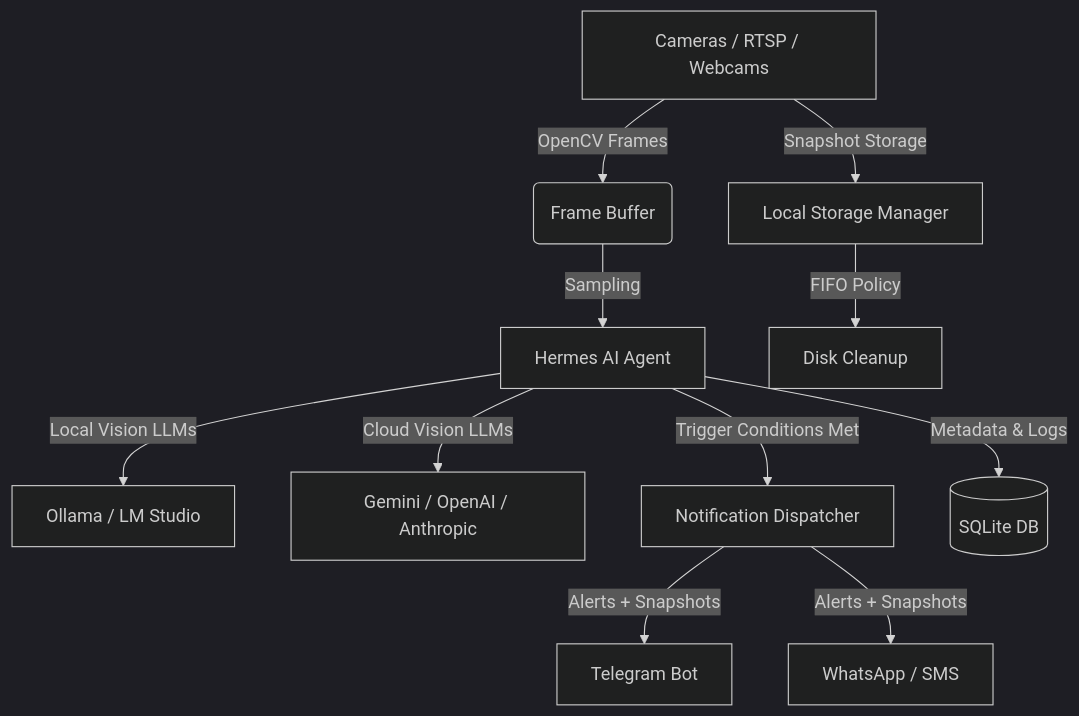
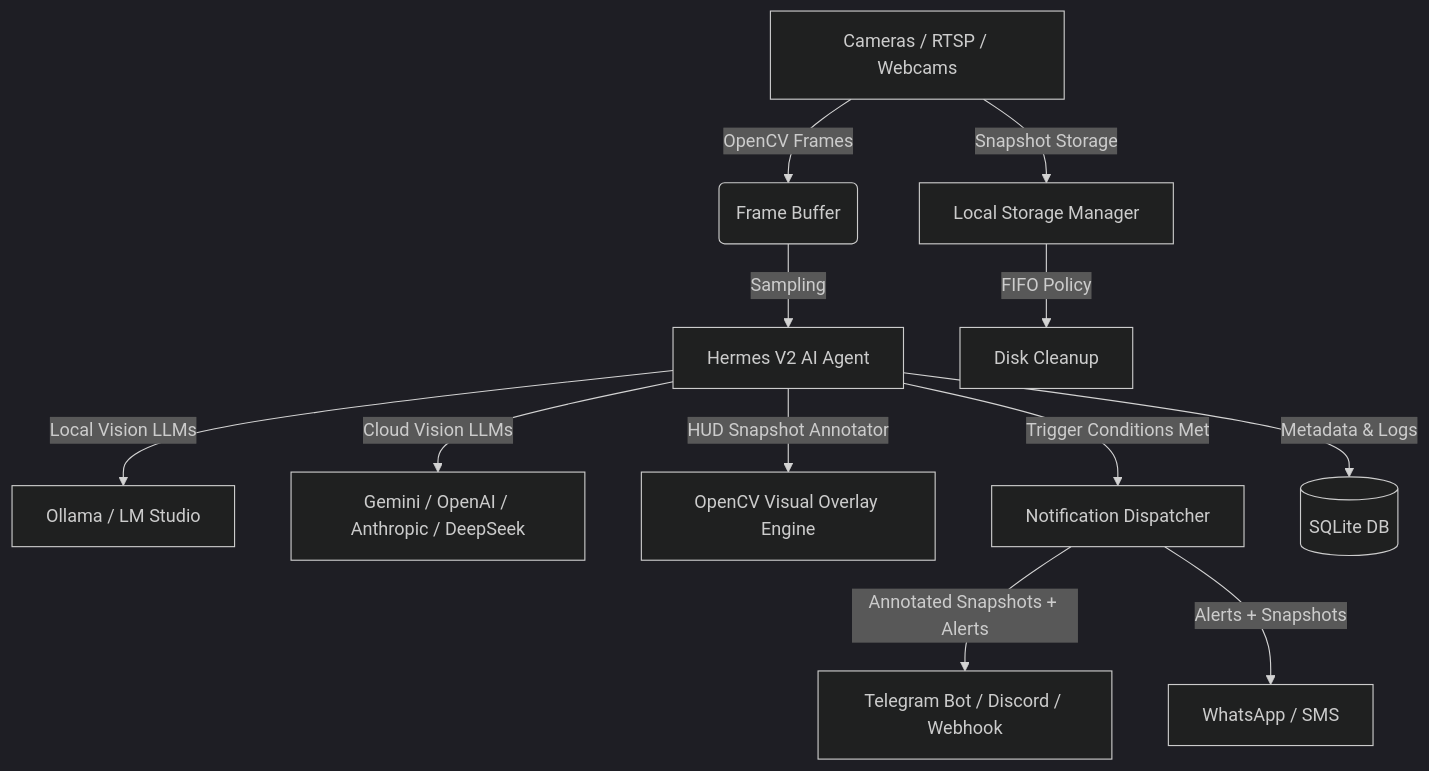
One commit to bharathvk75/AEGIS changed the diagram in README.md. Above: the diagram before and after it, drawn with Mermaid (dark theme). The commit also changed other lines of this file and 12 other files, not shown here.

Commit message:
AEGIS V2.0 Major Update: Vision HUD Snapshots, AI Presets Library, Interactive AI Tester, Multi-Stream Grid UI & Metrics Dashboard

````diff
--- a/README.md
+++ b/README.md
@@ -42,13 +54,14 @@
 ```mermaid
 graph TD
     A[Cameras / RTSP / Webcams] -->|OpenCV Frames| B(Frame Buffer)
-    B -->|Sampling| C[Hermes AI Agent]
+    B -->|Sampling| C[Hermes V2 AI Agent]
     C -->|Local Vision LLMs| D[Ollama / LM Studio]
-    C -->|Cloud Vision LLMs| E[Gemini / OpenAI / Anthropic]
-    C -->|Trigger Conditions Met| F[Notification Dispatcher]
-    F -->|Alerts + Snapshots| G[Telegram Bot]
-    F -->|Alerts + Snapshots| H[WhatsApp / SMS]
-    C -->|Metadata & Logs| I[(SQLite DB)]
-    A -->|Snapshot Storage| J[Local Storage Manager]
-    J -->|FIFO Policy| K[Disk Cleanup]
+    C -->|Cloud Vision LLMs| E[Gemini / OpenAI / Anthropic / DeepSeek]
+    C -->|HUD Snapshot Annotator| F[OpenCV Visual Overlay Engine]
+    C -->|Trigger Conditions Met| G[Notification Dispatcher]
+    G -->|Annotated Snapshots + Alerts| H[Telegram Bot / Discord / Webhook]
+    G -->|Alerts + Snapshots| I[WhatsApp / SMS]
+    C -->|Metadata & Logs| J[(SQLite DB)]
+    A -->|Snapshot Storage| K[Local Storage Manager]
+    K -->|FIFO Policy| L[Disk Cleanup]
 ```
````
